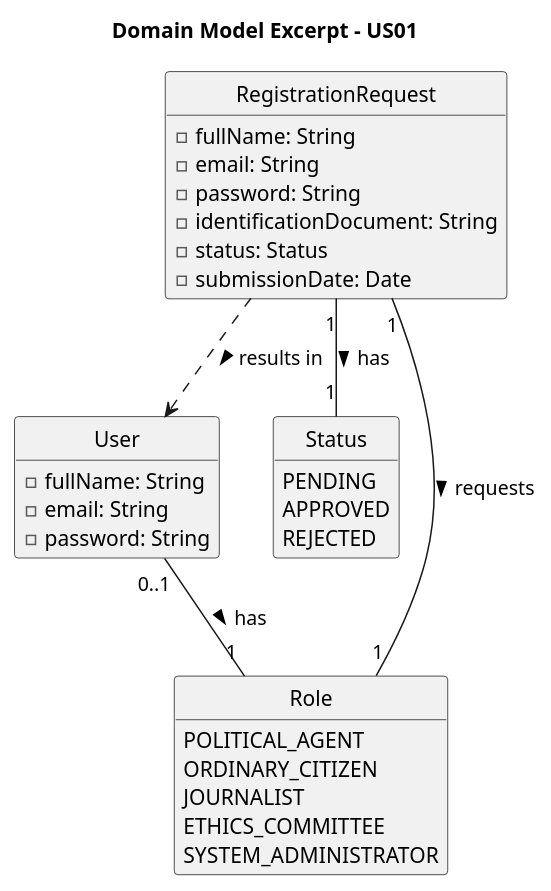
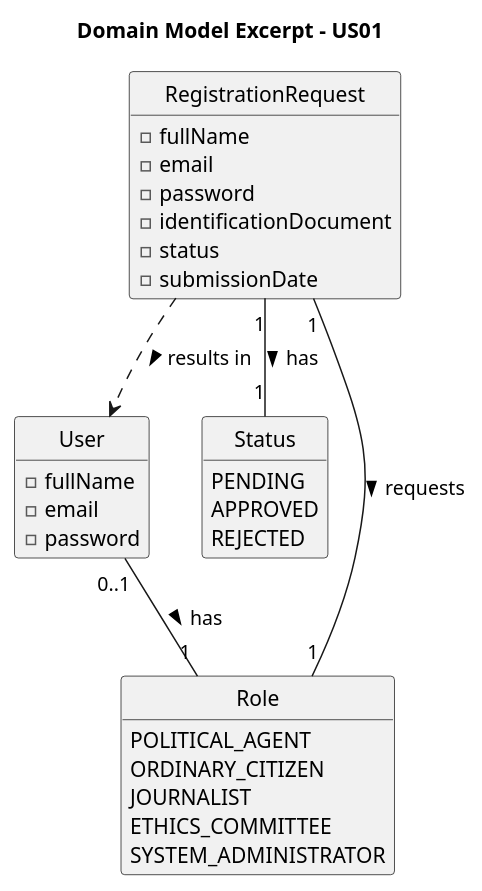
Before and after one commit to brunodspinto/crystal-clear-platform: the diagram in docs/system-documentation/US01/02.analysis/puml/US01-DM.puml, drawn with PlantUML. The commit also changed 26 other files, not shown here.

```diff
--- a/docs/system-documentation/US01/02.analysis/puml/US01-DM.puml
+++ b/docs/system-documentation/US01/02.analysis/puml/US01-DM.puml
@@ -1,45 +1,45 @@
 @startuml
 skinparam monochrome true
 skinparam packageStyle rectangle
 skinparam shadowing false
 
 hide circle
 hide methods
 
 title Domain Model Excerpt - US01
 
 class User {
-    - fullName: String
-    - email: String
-    - password: String
+    - fullName
+    - email
+    - password
 }
 
 class RegistrationRequest {
-    - fullName: String
-    - email: String
-    - password: String
-    - identificationDocument: String
-    - status: Status
-    - submissionDate: Date
+    - fullName
+    - email
+    - password
+    - identificationDocument
+    - status
+    - submissionDate
 }
 
 enum Status {
     PENDING
     APPROVED
     REJECTED
 }
 
 enum Role {
     POLITICAL_AGENT
     ORDINARY_CITIZEN
     JOURNALIST
     ETHICS_COMMITTEE
     SYSTEM_ADMINISTRATOR
 }
 
 User "0..1" -- "1" Role : has >
 RegistrationRequest "1" -- "1" Role : requests >
 RegistrationRequest "1" -- "1" Status : has >
 RegistrationRequest ..> User : results in >
 
 @enduml
```
